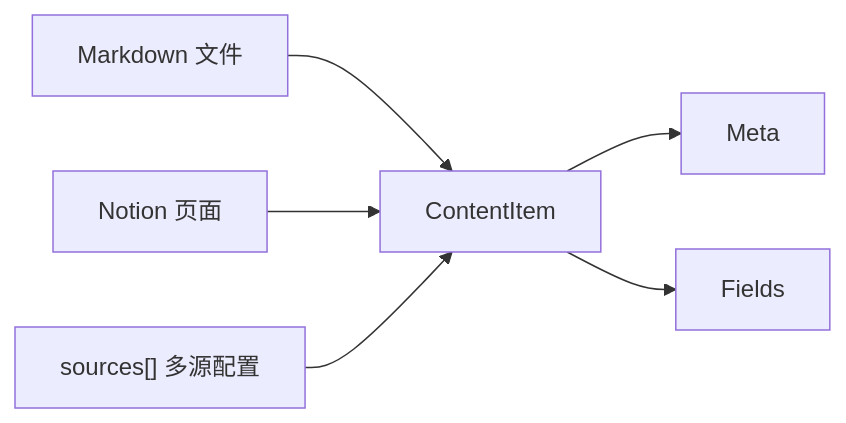
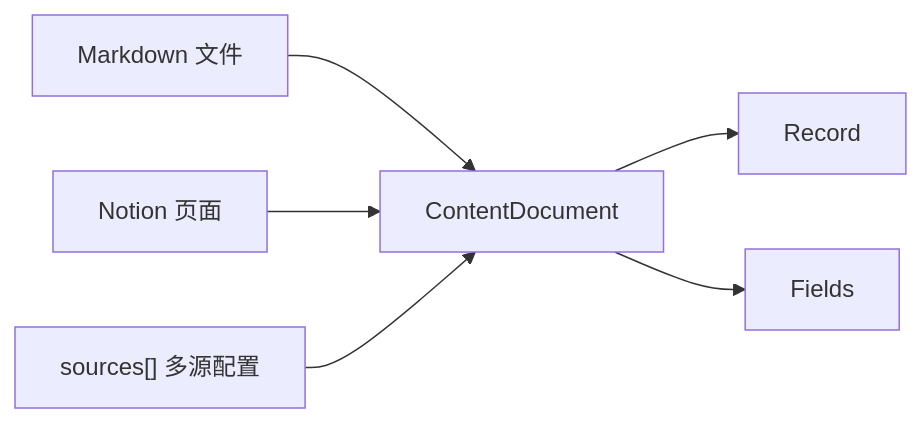
Before and after one commit to ALi365-SDN-BHD/Bukit: the eighth of 11 diagrams in guide/dev/code-wiki-call-graph.zh-CN.md, drawn with Mermaid. The commit also changed other lines of this file and 33 other files, not shown here.

````diff
--- a/guide/dev/code-wiki-call-graph.zh-CN.md
+++ b/guide/dev/code-wiki-call-graph.zh-CN.md
@@ -215,8 +215,8 @@
 ```mermaid
 flowchart LR
-    A["Markdown 文件"] --> D["ContentItem"]
+    A["Markdown 文件"] --> D["ContentDocument"]
     B["Notion 页面"] --> D
     C["sources[] 多源配置"] --> D
-    D --> E["Meta"]
+    D --> E["Record"]
     D --> F["Fields"]
 ```
````
